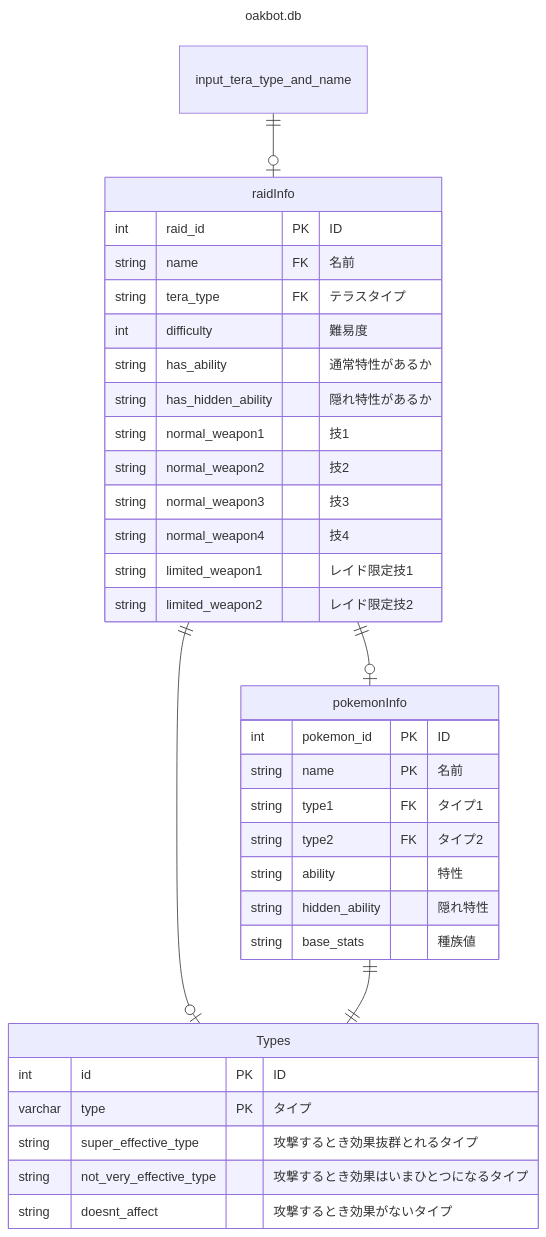
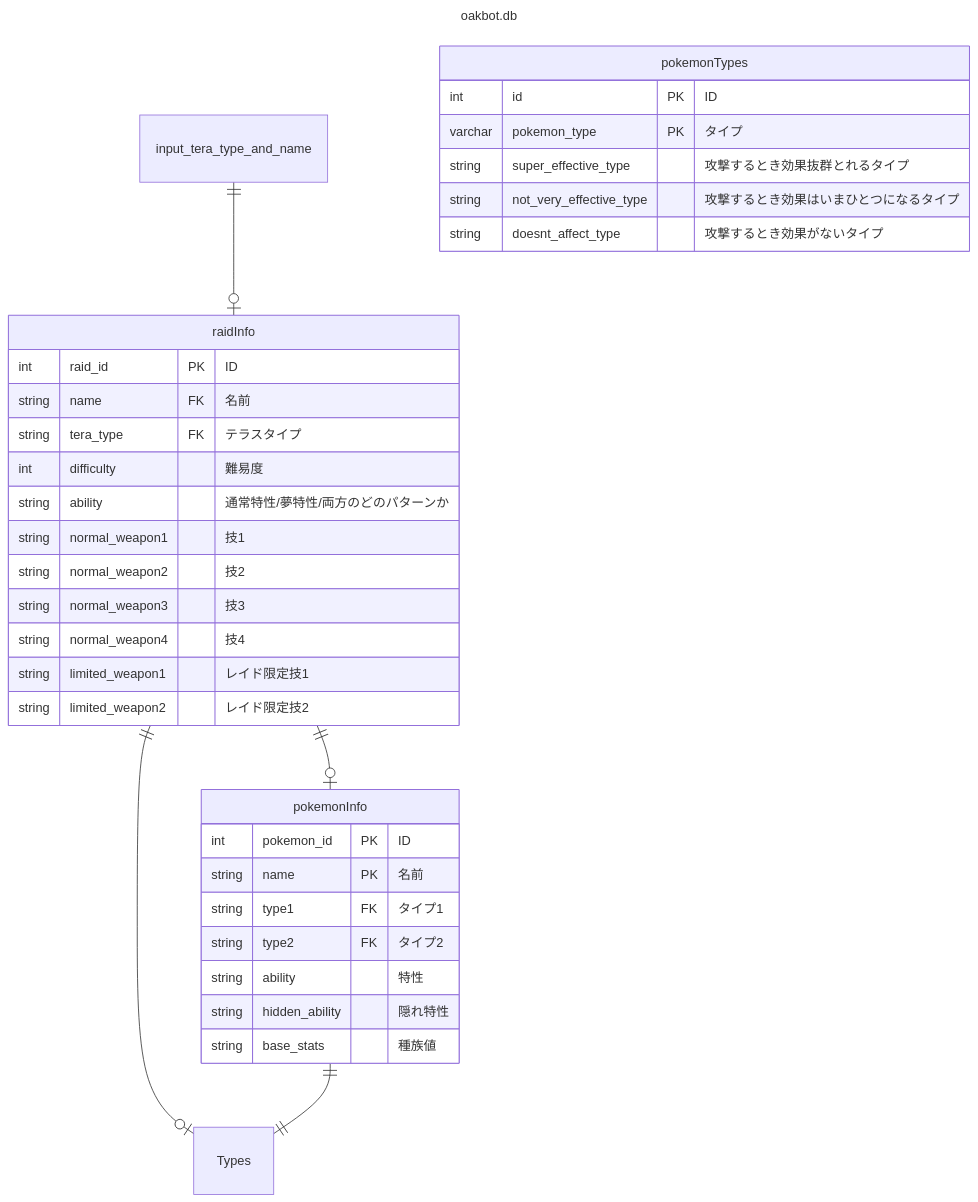
One commit to imvvad/Pokemon_discordbot changed the diagram in mermaid_test.md. Above: the diagram before and after it, drawn with Mermaid.

Commit message:
レイドDBが完成したのでUP

````diff
--- a/mermaid_test.md
+++ b/mermaid_test.md
@@ -5,43 +5,42 @@
 ```mermaid
 ---
 title: "oakbot.db"
 ---
 erDiagram
     input_tera_type_and_name ||--o| raidInfo    : ""
     raidInfo                 ||--o| pokemonInfo : ""
     raidInfo                 ||--o| Types       : ""
     pokemonInfo              ||--|| Types       : ""
 
     raidInfo {
         int    raid_id                  PK    "ID"
         string name                     FK    "名前"
         string tera_type                FK    "テラスタイプ"
         int    difficulty                     "難易度"
-        string has_ability                    "通常特性があるか"
-        string has_hidden_ability             "隠れ特性があるか"
+        string ability                        "通常特性/夢特性/両方のどのパターンか"
         string normal_weapon1                 "技1"
         string normal_weapon2                 "技2"
         string normal_weapon3                 "技3"
         string normal_weapon4                 "技4"
         string limited_weapon1                "レイド限定技1"
         string limited_weapon2                "レイド限定技2"
     }
 
     pokemonInfo {
-        int pokemon_id                  PK    "ID"
+        int    pokemon_id               PK    "ID"
         string name                     PK    "名前"
         string type1                    FK    "タイプ1"
         string type2                    FK    "タイプ2"
         string ability                        "特性"
         string hidden_ability                 "隠れ特性"
-        string  base_stats                    "種族値"
+        string base_stats                     "種族値"
     }
 
-    Types {
-        int id                          PK    "ID"
-        varchar type                    PK    "タイプ"
-        string super_effective_type           "攻撃するとき効果抜群とれるタイプ"
-        string not_very_effective_type        "攻撃するとき効果はいまひとつになるタイプ"
-        string doesnt_affect                  "攻撃するとき効果がないタイプ"
+    pokemonTypes {
+        int     id                      PK    "ID"
+        varchar pokemon_type            PK    "タイプ"
+        string  super_effective_type           "攻撃するとき効果抜群とれるタイプ"
+        string  not_very_effective_type        "攻撃するとき効果はいまひとつになるタイプ"
+        string  doesnt_affect_type             "攻撃するとき効果がないタイプ"
     }
 ```
````
